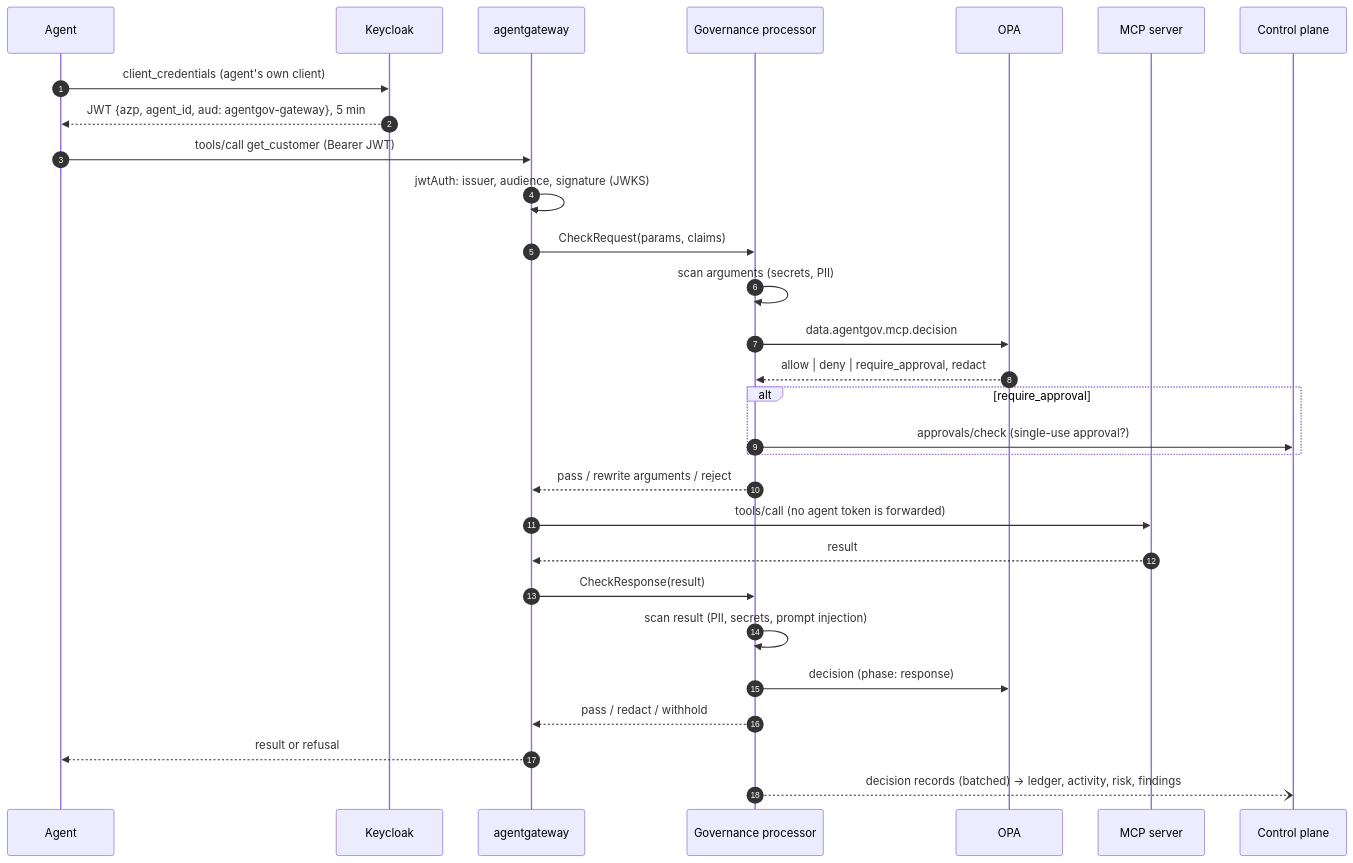
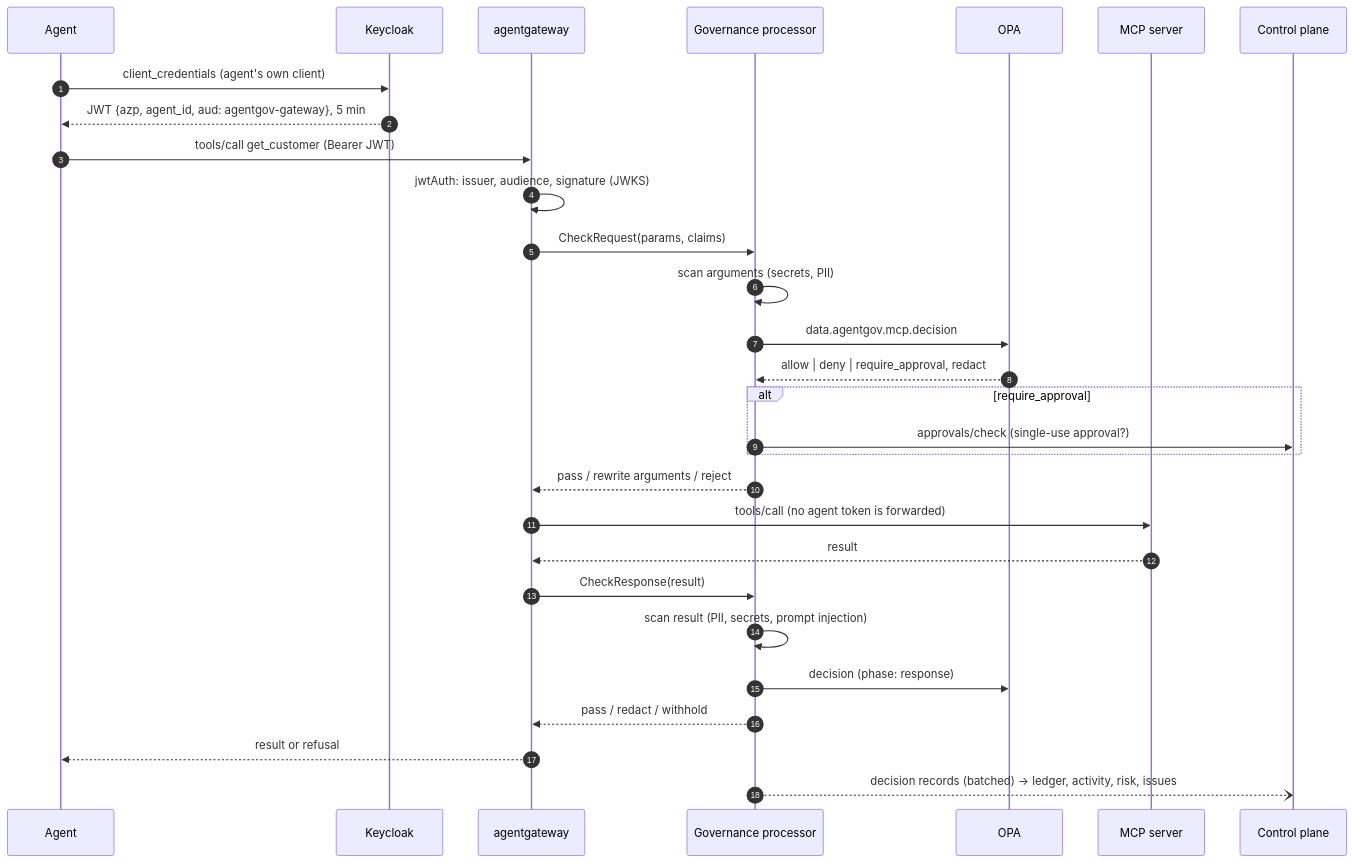
One commit to sreent/agentgov changed the second of 2 diagrams in docs/architecture.md. Above: the diagram before and after it, drawn with Mermaid. The commit also changed other lines of this file and 60 other files, not shown here.

````diff
--- a/docs/architecture.md
+++ b/docs/architecture.md
@@ -62,31 +62,31 @@
 ```mermaid
 sequenceDiagram
     autonumber
     participant A as Agent
     participant K as Keycloak
     participant G as agentgateway
     participant P as Governance processor
     participant O as OPA
     participant S as MCP server
     participant C as Control plane
     A->>K: client_credentials (agent's own client)
     K-->>A: JWT {azp, agent_id, aud: agentgov-gateway}, 5 min
     A->>G: tools/call get_customer (Bearer JWT)
     G->>G: jwtAuth: issuer, audience, signature (JWKS)
     G->>P: CheckRequest(params, claims)
     P->>P: scan arguments (secrets, PII)
     P->>O: data.agentgov.mcp.decision
     O-->>P: allow | deny | require_approval, redact
     alt require_approval
         P->>C: approvals/check (single-use approval?)
     end
     P-->>G: pass / rewrite arguments / reject
     G->>S: tools/call (no agent token is forwarded)
     S-->>G: result
     G->>P: CheckResponse(result)
     P->>P: scan result (PII, secrets, prompt injection)
     P->>O: decision (phase: response)
     P-->>G: pass / redact / withhold
     G-->>A: result or refusal
-    P--)C: decision records (batched) → ledger, activity, risk, findings
+    P--)C: decision records (batched) → ledger, activity, risk, issues
 ```
````
